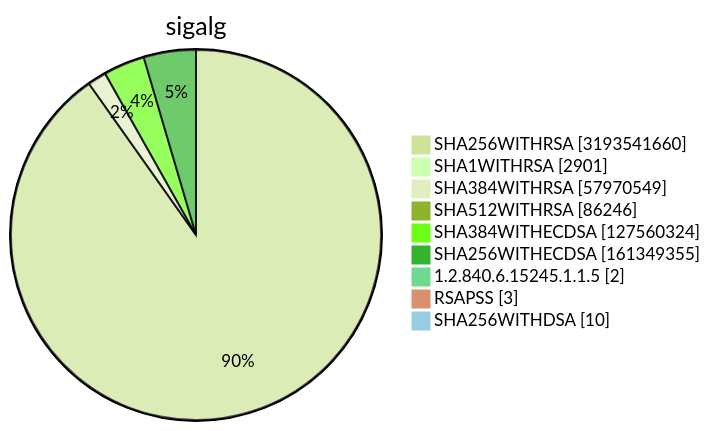
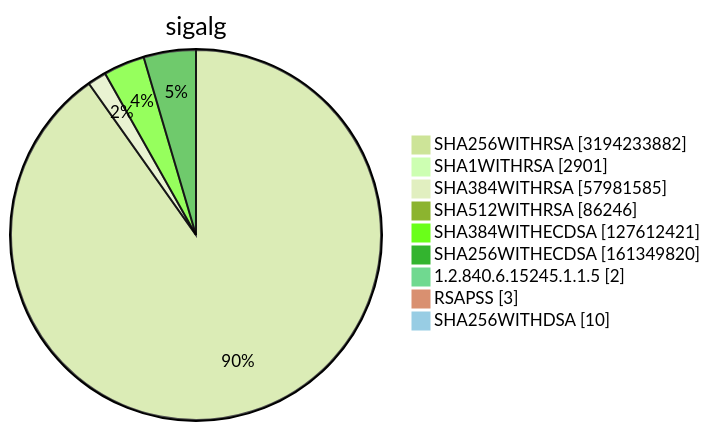
One commit to christiankrug/ctmonitor_visualization changed diagram 15 of 15 in TOTAL/README.md. Above: the diagram before and after it, drawn with Mermaid (forest theme). The commit also changed other lines of this file, not shown here.

````diff
--- a/TOTAL/README.md
+++ b/TOTAL/README.md
@@ -6216,13 +6216,13 @@
 ```mermaid
 pie showData
 title sigalg
-"SHA256WITHRSA" :3193541660
+"SHA256WITHRSA" :3194233882
 "SHA1WITHRSA" :2901
-"SHA384WITHRSA" :57970549
+"SHA384WITHRSA" :57981585
 "SHA512WITHRSA" :86246
-"SHA384WITHECDSA" :127560324
-"SHA256WITHECDSA" :161349355
+"SHA384WITHECDSA" :127612421
+"SHA256WITHECDSA" :161349820
 "1.2.840.6.15245.1.1.5" :2
 "RSAPSS" :3
 "SHA256WITHDSA" :10
 ```
````
